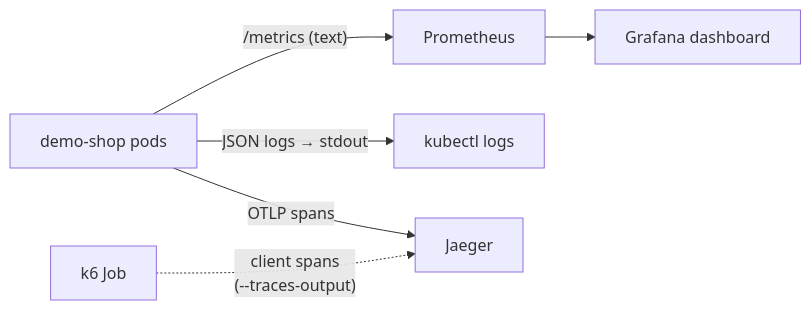
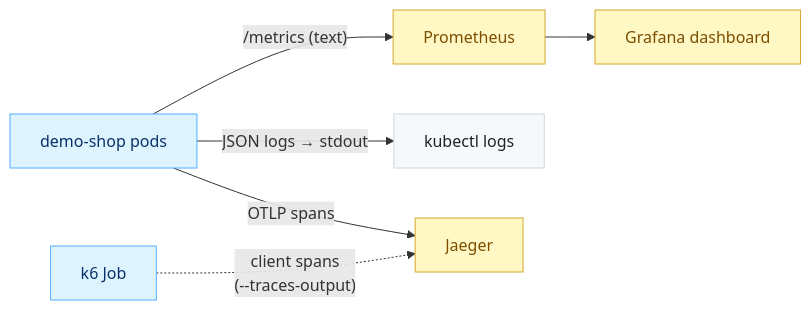
The seventh of 8 diagrams in README.md (Ansh-dhanani/Distributed-system-load-analysis), drawn with Mermaid before and after one commit. The commit also changed other lines of this file, not shown here.

First line of the commit message:
docs: unify mermaid styling with a clean, theme-safe palette

````diff
--- a/README.md
+++ b/README.md
@@ -213,8 +236,14 @@
 ```mermaid
 flowchart LR
     APP["demo-shop pods"] -->|"/metrics (text)"| PROM["Prometheus"]
     APP -->|"JSON logs → stdout"| LOGS["kubectl logs"]
     APP -->|"OTLP spans"| JAEG["Jaeger"]
     K6["k6 Job"] -.->|"client spans<br/>(--traces-output)"| JAEG
     PROM --> GRAF["Grafana dashboard"]
+
+    classDef default fill:#f6f8fa,stroke:#d0d7de,color:#1f2328;
+    classDef app fill:#ddf4ff,stroke:#54aeff,color:#0a3069;
+    classDef obs fill:#fff8c5,stroke:#d4a72c,color:#7d4e00;
+    class APP,K6 app;
+    class PROM,GRAF,JAEG obs;
 ```
````
